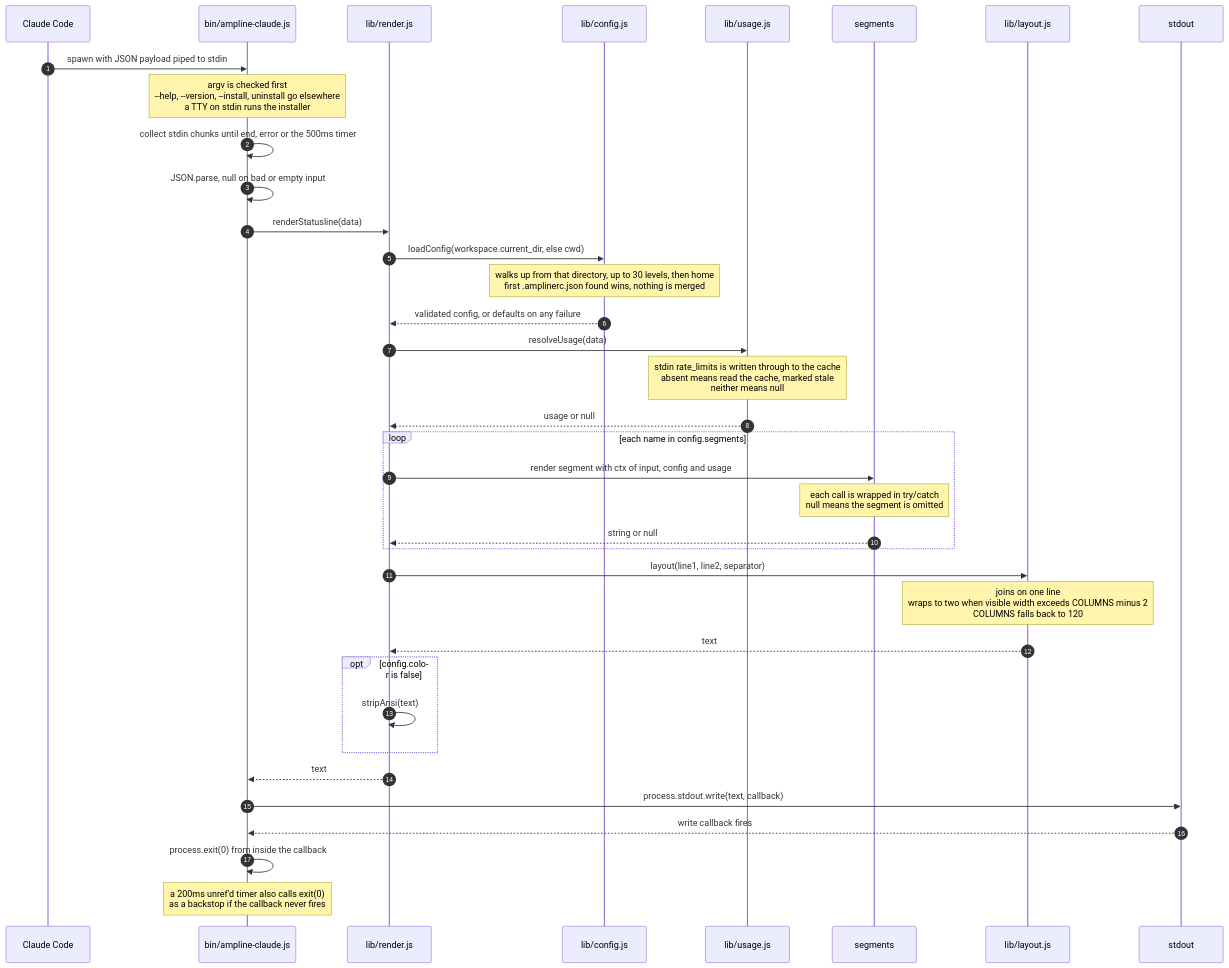
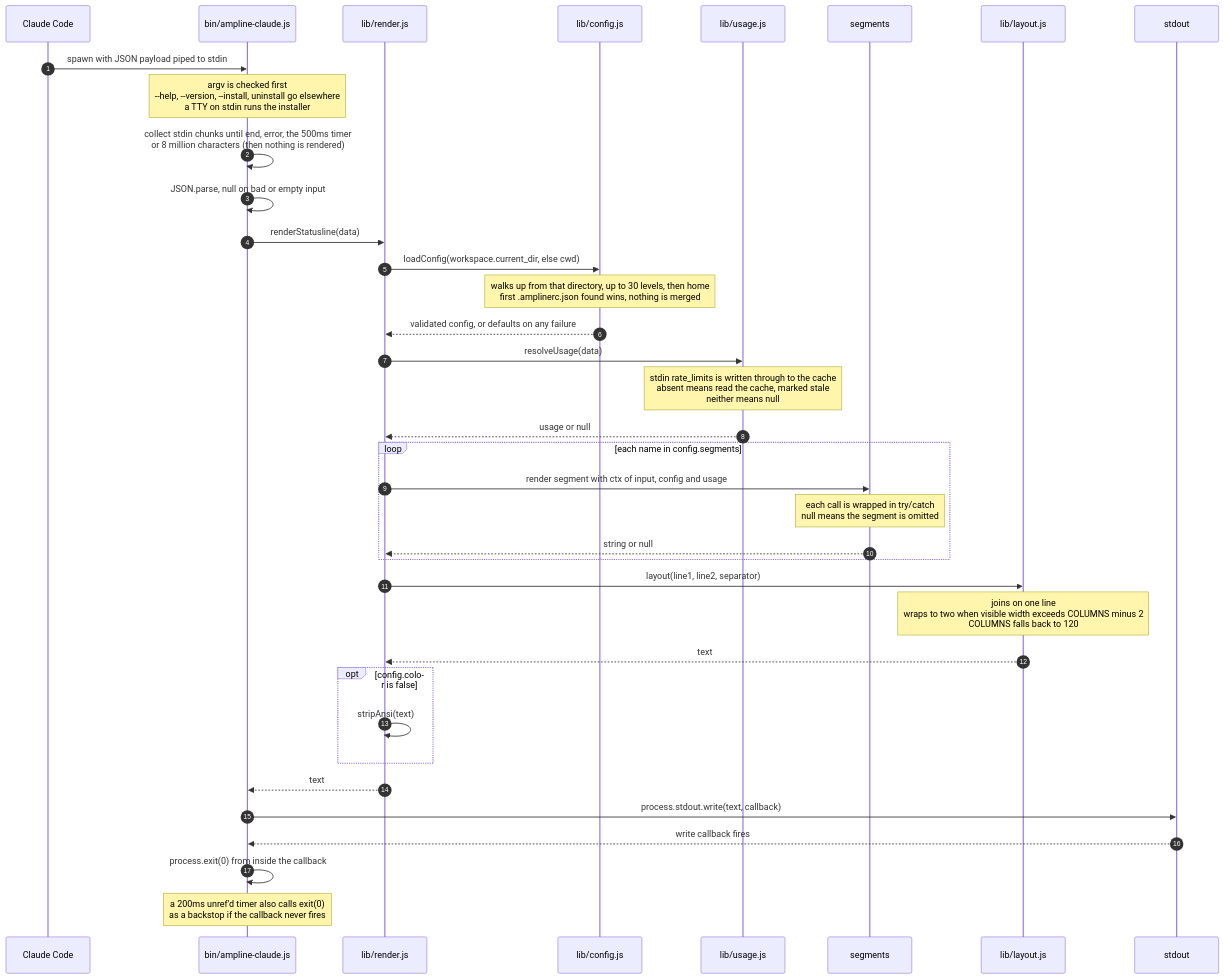
One commit to carterptull/ampline-claude changed the first of 2 diagrams in diagrams/render-sequence.md. Above: the diagram before and after it, drawn with Mermaid. The commit also changed other lines of this file and 13 other files, not shown here.

````diff
--- a/diagrams/render-sequence.md
+++ b/diagrams/render-sequence.md
@@ -7,40 +7,40 @@
 ```mermaid
 sequenceDiagram
     autonumber
     participant CC as Claude Code
     participant B as bin/ampline-claude.js
     participant R as lib/render.js
     participant CF as lib/config.js
     participant U as lib/usage.js
     participant S as segments
     participant L as lib/layout.js
     participant O as stdout
 
     CC->>B: spawn with JSON payload piped to stdin
     Note over B: argv is checked first<br/>--help, --version, --install, uninstall go elsewhere<br/>a TTY on stdin runs the installer
-    B->>B: collect stdin chunks until end, error or the 500ms timer
+    B->>B: collect stdin chunks until end, error, the 500ms timer<br/>or 8 million characters (then nothing is rendered)
     B->>B: JSON.parse, null on bad or empty input
     B->>R: renderStatusline(data)
     R->>CF: loadConfig(workspace.current_dir, else cwd)
     Note over CF: walks up from that directory, up to 30 levels, then home<br/>first .amplinerc.json found wins, nothing is merged
     CF-->>R: validated config, or defaults on any failure
     R->>U: resolveUsage(data)
     Note over U: stdin rate_limits is written through to the cache<br/>absent means read the cache, marked stale<br/>neither means null
     U-->>R: usage or null
     loop each name in config.segments
         R->>S: render segment with ctx of input, config and usage
         Note over S: each call is wrapped in try/catch<br/>null means the segment is omitted
         S-->>R: string or null
     end
     R->>L: layout(line1, line2, separator)
     Note over L: joins on one line<br/>wraps to two when visible width exceeds COLUMNS minus 2<br/>COLUMNS falls back to 120
     L-->>R: text
     opt config.color is false
         R->>R: stripAnsi(text)
     end
     R-->>B: text
     B->>O: process.stdout.write(text, callback)
     O-->>B: write callback fires
     B->>B: process.exit(0) from inside the callback
     Note over B: a 200ms unref'd timer also calls exit(0)<br/>as a backstop if the callback never fires
 ```
````
